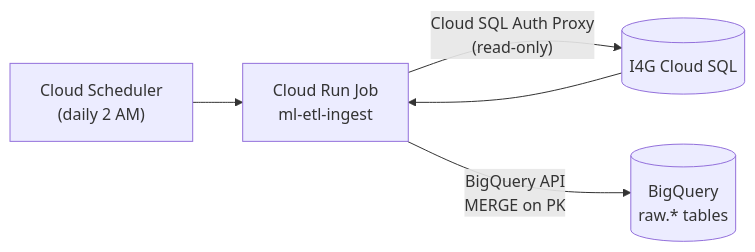
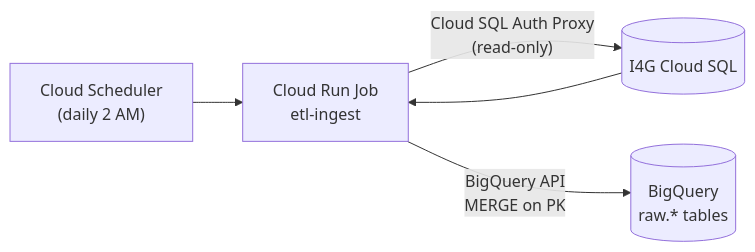
Before and after one commit to intelligenceforgood/ml: the third of 10 diagrams in docs/design/ml_infrastructure_tdd.md, drawn with Mermaid. The commit also changed other lines of this file and 49 other files, not shown here.

````diff
--- a/docs/design/ml_infrastructure_tdd.md
+++ b/docs/design/ml_infrastructure_tdd.md
@@ -286,7 +276,7 @@
 ```mermaid
 flowchart LR
-    Scheduler["Cloud Scheduler<br/>(daily 2 AM)"] --> Job["Cloud Run Job<br/>ml-etl-ingest"]
+    Scheduler["Cloud Scheduler<br/>(daily 2 AM)"] --> Job["Cloud Run Job<br/>etl-ingest"]
     Job -- "Cloud SQL Auth Proxy<br/>(read-only)" --> Source[(I4G Cloud SQL)]
     Source --> Job
     Job -- "BigQuery API<br/>MERGE on PK" --> BQ[(BigQuery<br/>raw.* tables)]
 ```
````
